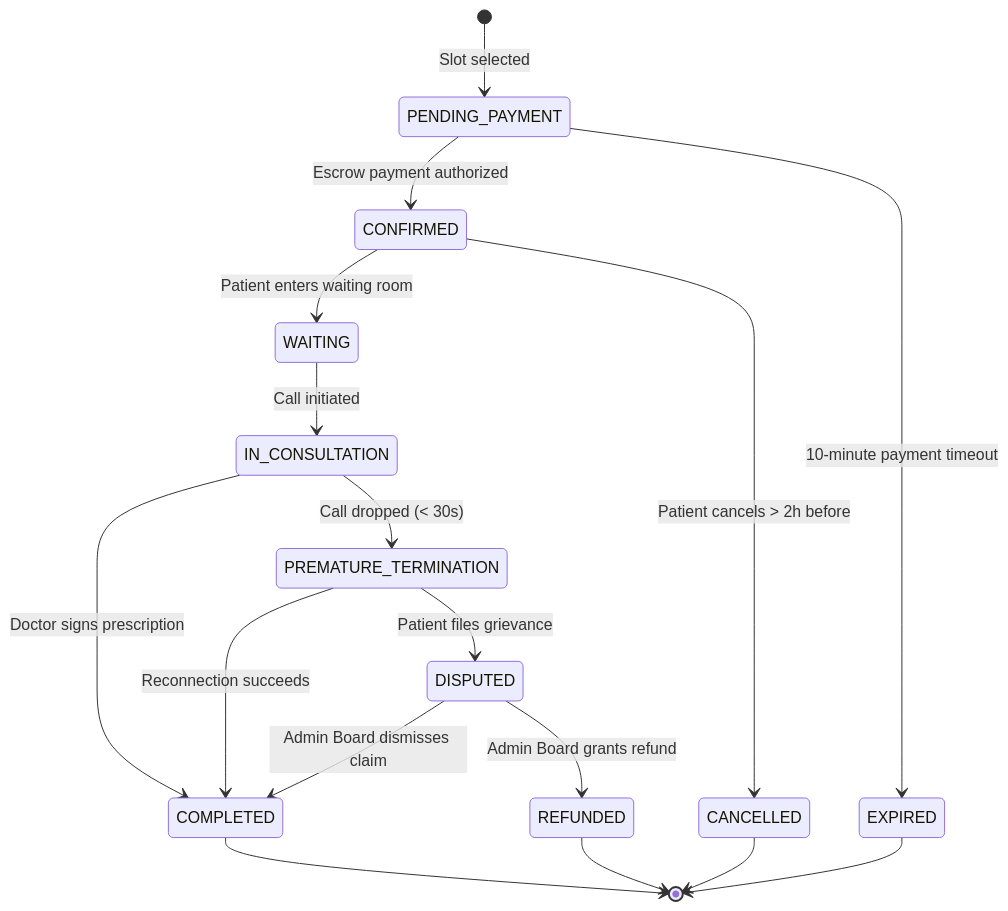
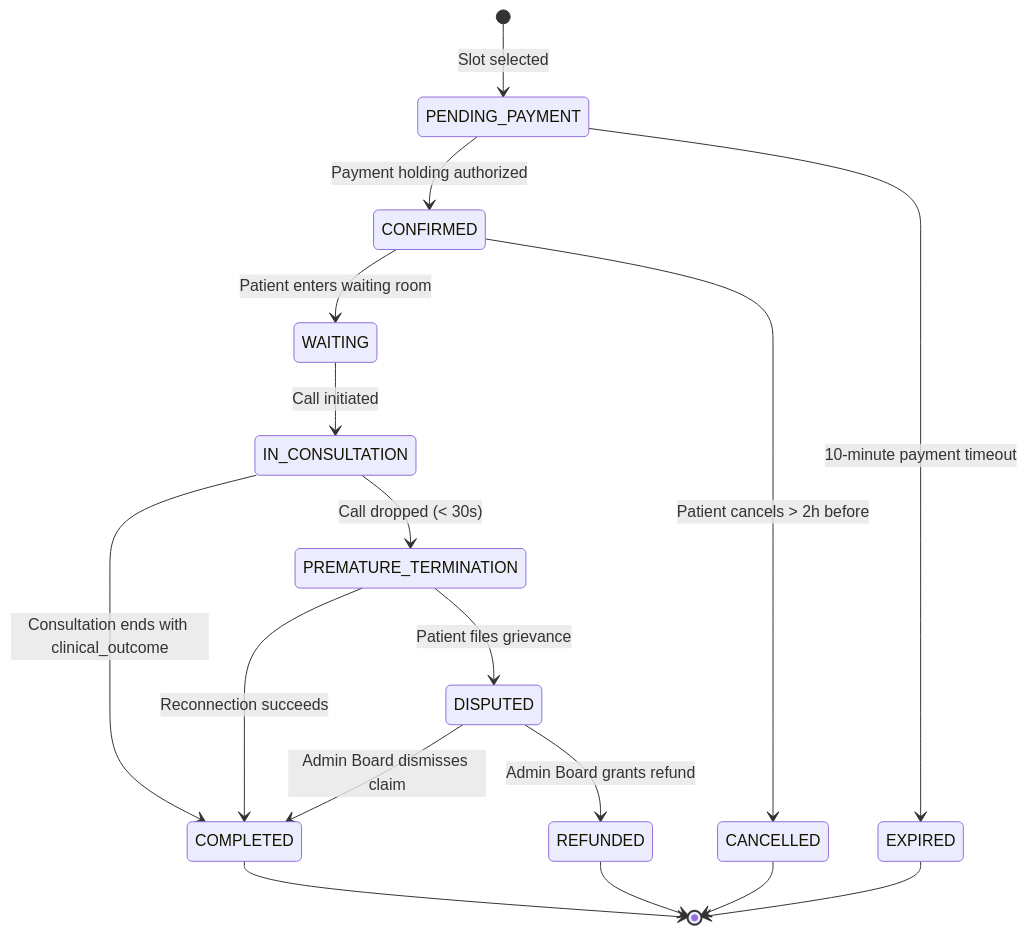
The first of 5 diagrams in docs/STATE_MACHINES.md (MeherabHS/hellodoctor), drawn with Mermaid before and after one commit. The commit also changed other lines of this file and 42 other files, not shown here.

````diff
--- a/docs/STATE_MACHINES.md
+++ b/docs/STATE_MACHINES.md
@@ -20,19 +20,19 @@
 ```mermaid
 stateDiagram-v2
     [*] --> PENDING_PAYMENT: Slot selected
-    PENDING_PAYMENT --> CONFIRMED: Escrow payment authorized
+    PENDING_PAYMENT --> CONFIRMED: Payment holding authorized
     PENDING_PAYMENT --> EXPIRED: 10-minute payment timeout
     CONFIRMED --> WAITING: Patient enters waiting room
     CONFIRMED --> CANCELLED: Patient cancels > 2h before
     WAITING --> IN_CONSULTATION: Call initiated
-    IN_CONSULTATION --> COMPLETED: Doctor signs prescription
+    IN_CONSULTATION --> COMPLETED: Consultation ends with clinical_outcome
     IN_CONSULTATION --> PREMATURE_TERMINATION: Call dropped (< 30s)
     PREMATURE_TERMINATION --> DISPUTED: Patient files grievance
     PREMATURE_TERMINATION --> COMPLETED: Reconnection succeeds
     DISPUTED --> REFUNDED: Admin Board grants refund
     DISPUTED --> COMPLETED: Admin Board dismisses claim
     COMPLETED --> [*]
     REFUNDED --> [*]
     CANCELLED --> [*]
     EXPIRED --> [*]
 ```
````
